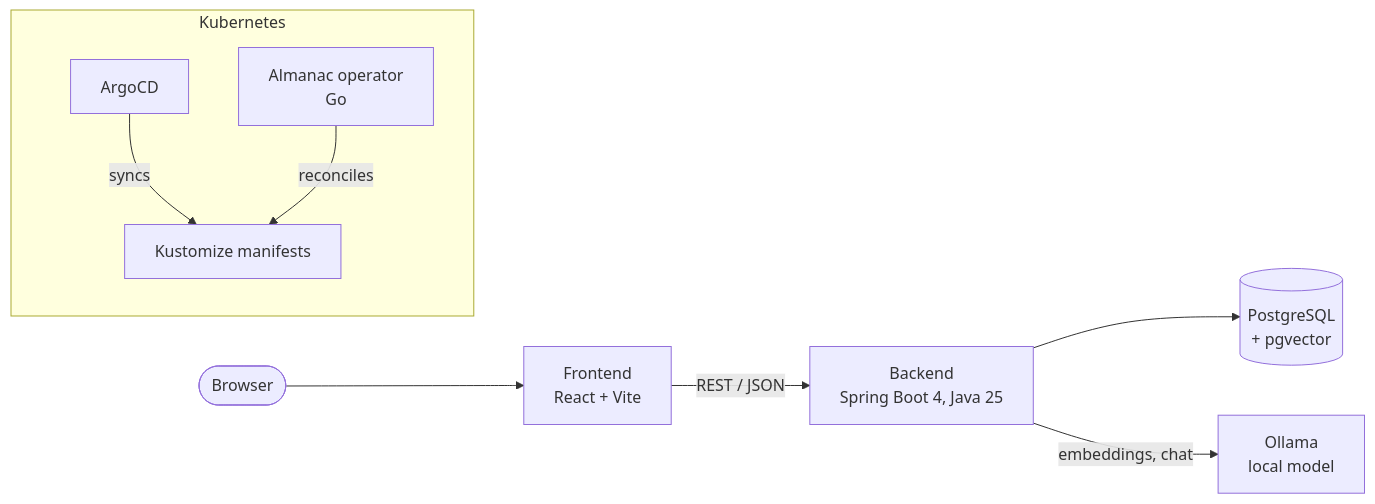
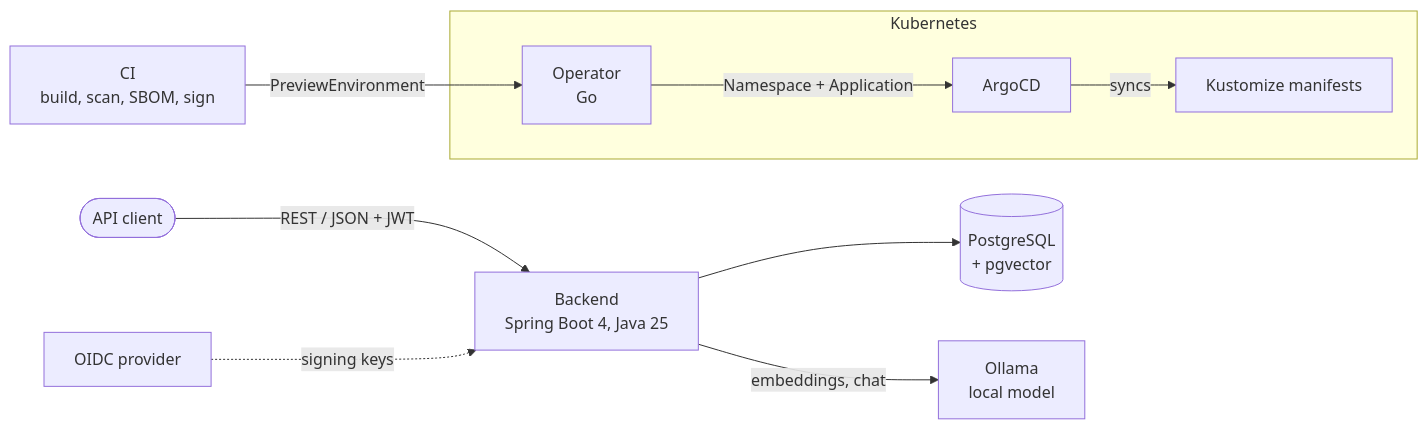
The diagram in README.md (aiyer8594/almanac), drawn with Mermaid before and after one commit. The commit also changed other lines of this file and 2 other files, not shown here.

First line of the commit message:
docs: narrow project scope and define operator preview environments

````diff
--- a/README.md
+++ b/README.md
@@ -15,12 +20,13 @@
 ```mermaid
 flowchart LR
-    user([Browser]) --> fe[Frontend<br/>React + Vite]
-    fe -->|REST / JSON| be[Backend<br/>Spring Boot 4, Java 25]
+    client([API client]) -->|REST / JSON + JWT| be[Backend<br/>Spring Boot 4, Java 25]
+    idp[OIDC provider] -.->|signing keys| be
     be --> pg[(PostgreSQL<br/>+ pgvector)]
     be -->|embeddings, chat| ollama[Ollama<br/>local model]
 
+    ci[CI<br/>build, scan, SBOM, sign] -->|PreviewEnvironment| op
     subgraph cluster [Kubernetes]
-        argocd[ArgoCD] -->|syncs| k8s[Kustomize manifests]
-        op[Almanac operator<br/>Go] -->|reconciles| k8s
+        op[Operator<br/>Go] -->|Namespace + Application| argocd[ArgoCD]
+        argocd -->|syncs| k8s[Kustomize manifests]
     end
 ```
````
